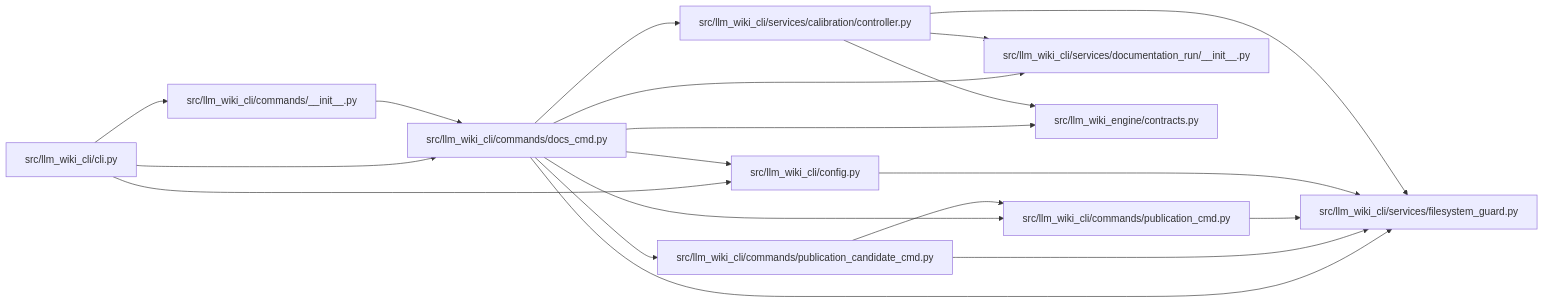
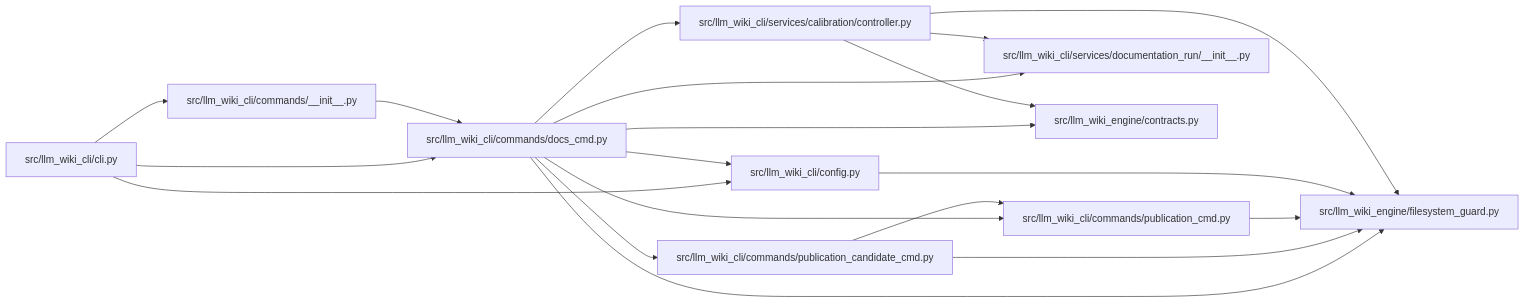
One commit to Denissvgn/python-wiki-llm changed the diagram in docs/llm_wiki/modules/docs_cmd.md. Above: the diagram before and after it, drawn with Mermaid. The commit also changed other lines of this file and 739 other files, not shown here.

First line of the commit message:
docs: refresh the wiki for the second engine batch

````diff
--- a/docs/llm_wiki/modules/docs_cmd.md
+++ b/docs/llm_wiki/modules/docs_cmd.md
@@ -29,41 +29,41 @@
 ```mermaid
 flowchart LR
     n0["src/llm_wiki_cli/cli.py"]
     n1["src/llm_wiki_cli/commands/__init__.py"]
     n2["src/llm_wiki_cli/commands/docs_cmd.py"]
     n3["src/llm_wiki_cli/commands/publication_candidate_cmd.py"]
     n4["src/llm_wiki_cli/commands/publication_cmd.py"]
     n5["src/llm_wiki_cli/config.py"]
     n6["src/llm_wiki_cli/services/calibration/controller.py"]
     n7["src/llm_wiki_cli/services/documentation_run/__init__.py"]
-    n8["src/llm_wiki_cli/services/filesystem_guard.py"]
-    n9["src/llm_wiki_engine/contracts.py"]
+    n8["src/llm_wiki_engine/contracts.py"]
+    n9["src/llm_wiki_engine/filesystem_guard.py"]
     n0 --> n1
     n0 --> n2
     n0 --> n5
     n1 --> n2
     n2 --> n3
     n2 --> n4
     n2 --> n5
     n2 --> n6
     n2 --> n7
     n2 --> n8
     n2 --> n9
     n3 --> n4
-    n3 --> n8
-    n4 --> n8
-    n5 --> n8
+    n3 --> n9
+    n4 --> n9
+    n5 --> n9
     n6 --> n7
     n6 --> n8
     n6 --> n9
     click n0 "../modules/cli.md"
     click n1 "../modules/commands___init__.md"
     click n2 "../modules/docs_cmd.md"
     click n3 "../modules/publication_candidate_cmd.md"
     click n4 "../modules/publication_cmd.md"
     click n5 "../modules/config.md"
     click n6 "../modules/controller.md"
     click n7 "../modules/documentation_run___init__.md"
-    click n8 "../modules/filesystem_guard.md"
-    click n9 "../modules/llm_wiki_engine_contracts.md"
+    click n8 "../modules/llm_wiki_engine_contracts.md"
+    click n9 "../modules/filesystem_guard.md"
 ```
````
